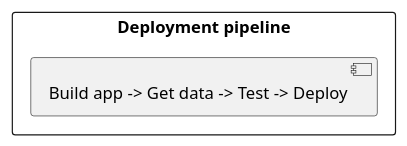
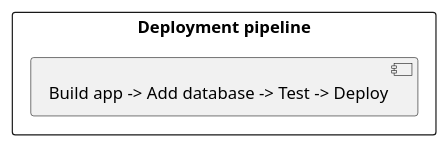
Before and after one commit to rednaw/exhibitionDB: the diagram in doc/DeployPipeline.iuml, drawn with PlantUML.

```diff
--- a/doc/DeployPipeline.iuml
+++ b/doc/DeployPipeline.iuml
@@ -1,7 +1,7 @@
 @startuml Pipeline
 
 rectangle "Deployment pipeline" {
-  component "Build app -> Get data -> Test -> Deploy"
+  component "Build app -> Add database -> Test -> Deploy"
 }
 
 @enduml
```
